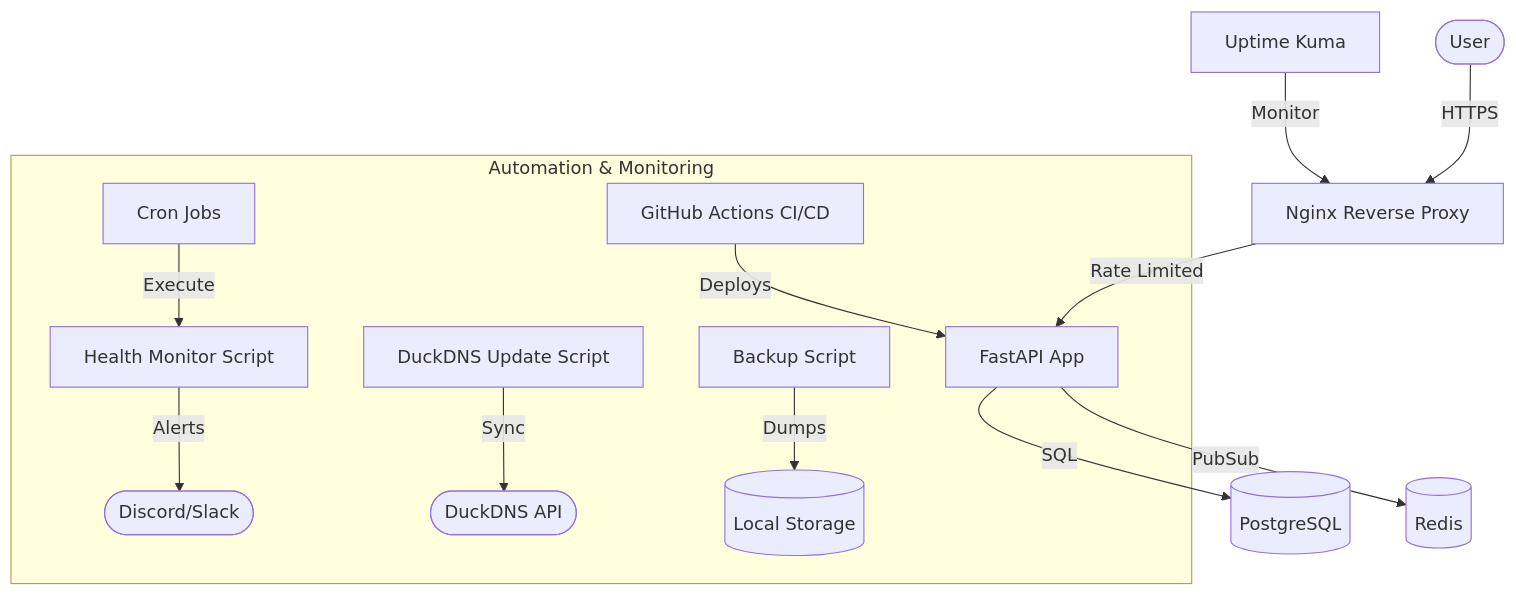
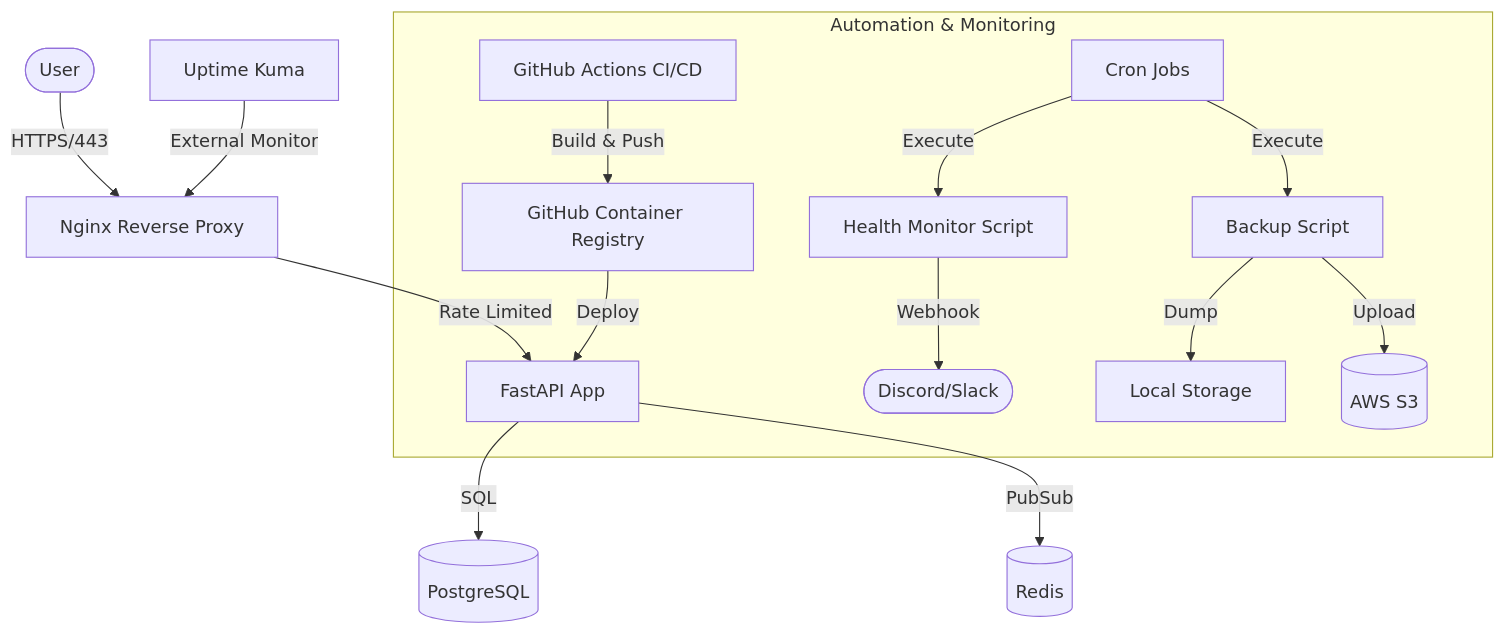
The diagram in README.md (saikishore0319/statuspulse), drawn with Mermaid before and after one commit. The commit also changed other lines of this file and 6 other files, not shown here.

````diff
--- a/README.md
+++ b/README.md
@@ -9,17 +11,19 @@
 ```mermaid
 graph TD
-    User([User]) -->|HTTPS| Nginx[Nginx Reverse Proxy]
+    User([User]) -->|HTTPS/443| Nginx[Nginx Reverse Proxy]
     Nginx -->|Rate Limited| App[FastAPI App]
     App -->|SQL| Postgres[(PostgreSQL)]
     App -->|PubSub| Redis[(Redis)]
     
     subgraph "Automation & Monitoring"
-        CI[GitHub Actions CI/CD] -->|Deploys| App
+        CI[GitHub Actions CI/CD] -->|Build & Push| GHCR[GitHub Container Registry]
+        GHCR -->|Deploy| App
         Cron[Cron Jobs] -->|Execute| Monitor[Health Monitor Script]
-        Monitor -->|Alerts| Webhook([Discord/Slack])
-        DuckDNS[DuckDNS Update Script] -->|Sync| DNS([DuckDNS API])
-        Backup[Backup Script] -->|Dumps| Storage[(Local Storage)]
+        Monitor -->|Webhook| Alerts([Discord/Slack])
+        Cron -->|Execute| Backup[Backup Script]
+        Backup -->|Dump| Local[Local Storage]
+        Backup -->|Upload| S3[(AWS S3)]
     end
     
-    Kuma[Uptime Kuma] -->|Monitor| Nginx
+    Kuma[Uptime Kuma] -->|External Monitor| Nginx
 ```
````
